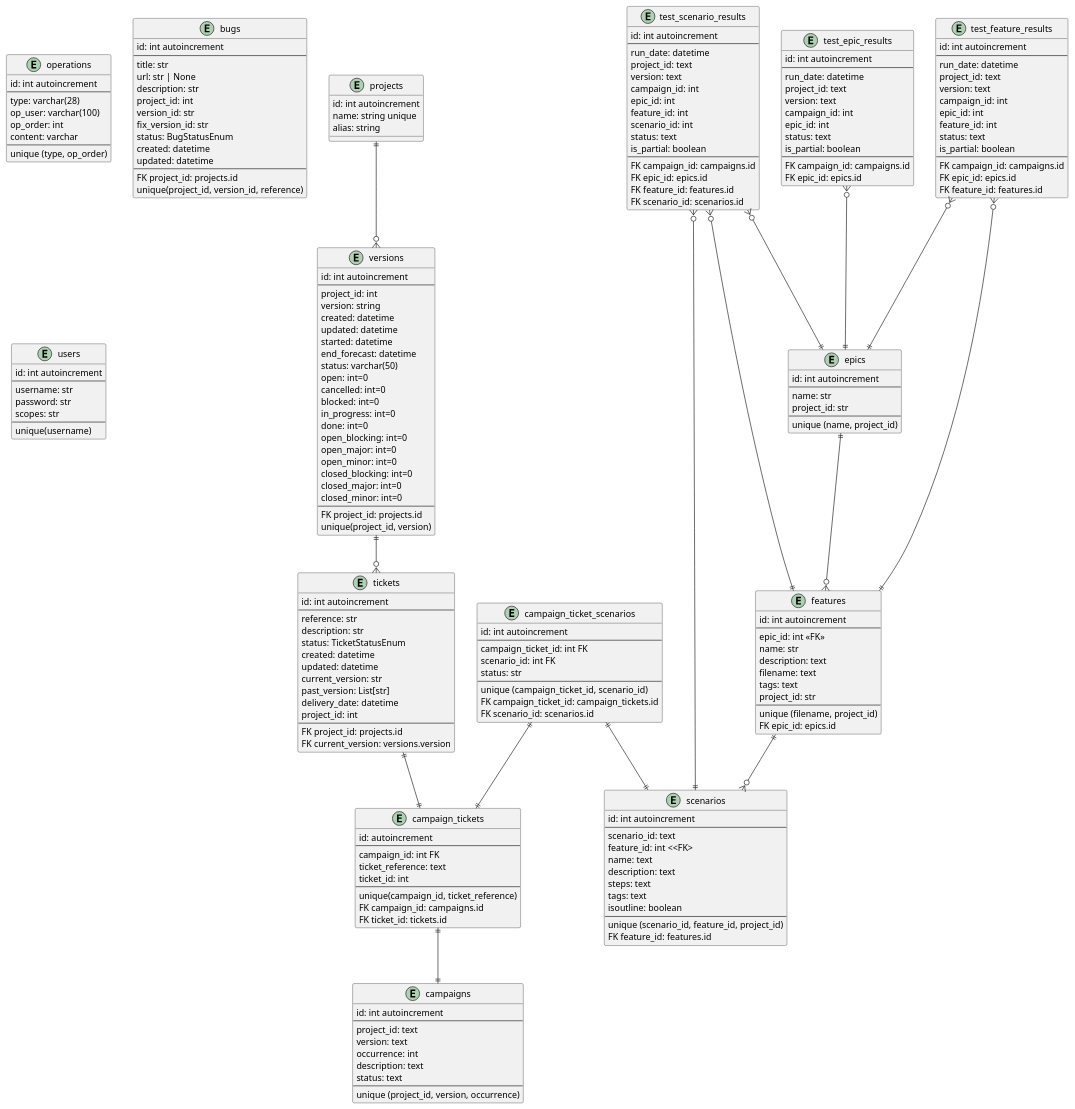
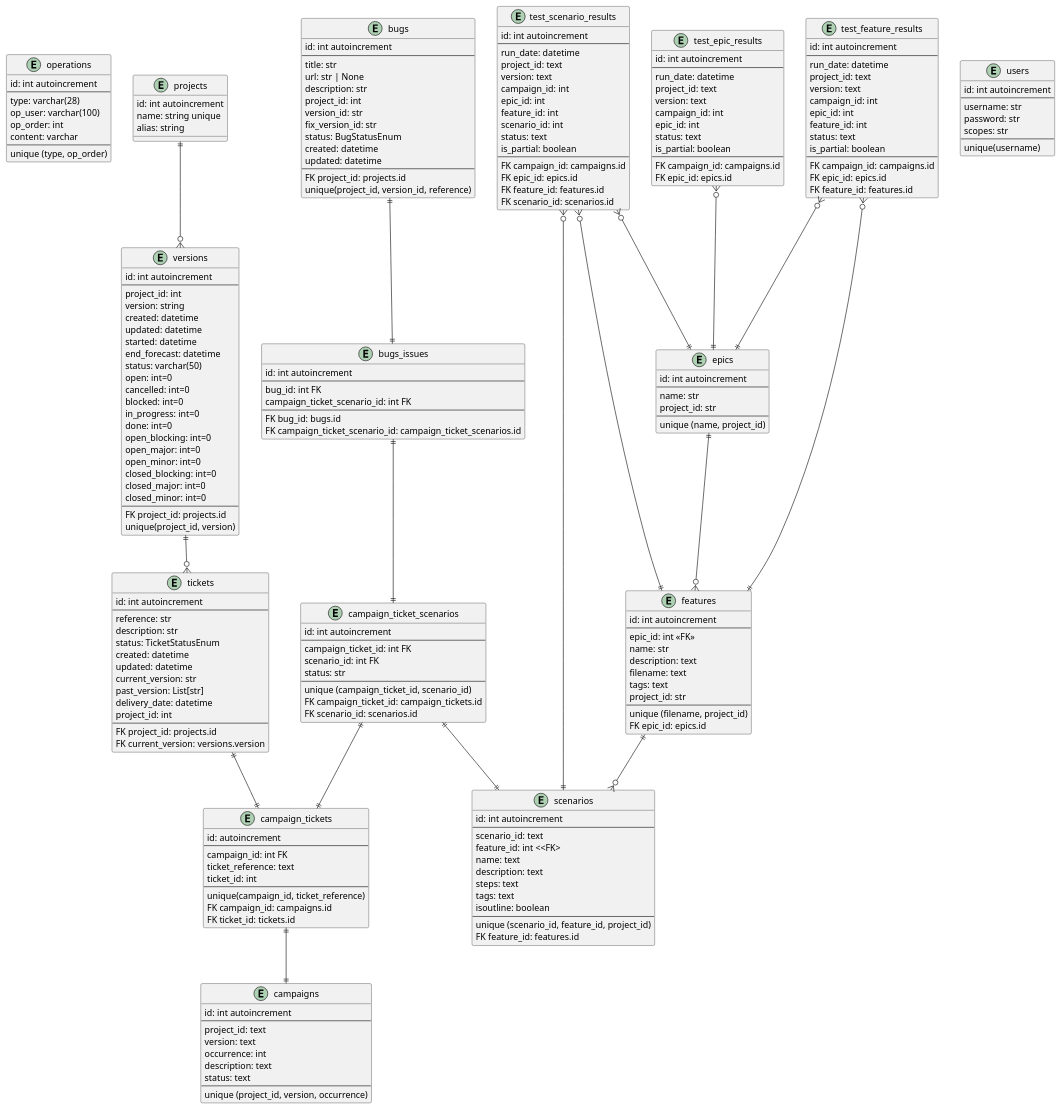
One commit to Hidden-goblin/eaidashboard changed the diagram in documentation/sql_db.puml. Above: the diagram before and after it, drawn with PlantUML. The commit also changed 10 other files, not shown here.

Commit message:
Start working on 3.9: Bug linked to ticket-scenario

```diff
--- a/documentation/sql_db.puml
+++ b/documentation/sql_db.puml
@@ -238,6 +238,20 @@
 unique(project_id, version_id, reference)
 }
 
+entity bugs_issues {
+id: int autoincrement
+---
+bug_id: int FK
+campaign_ticket_scenario_id: int FK
+---
+FK bug_id: bugs.id
+FK campaign_ticket_scenario_id: campaign_ticket_scenarios.id
+}
+
+' one bug to many issues, one issue to many bugs
+bugs ||--|| bugs_issues
+bugs_issues ||--|| campaign_ticket_scenarios
+
 projects ||--o{ versions
 versions ||--o{ tickets
 tickets ||--|| campaign_tickets
```
